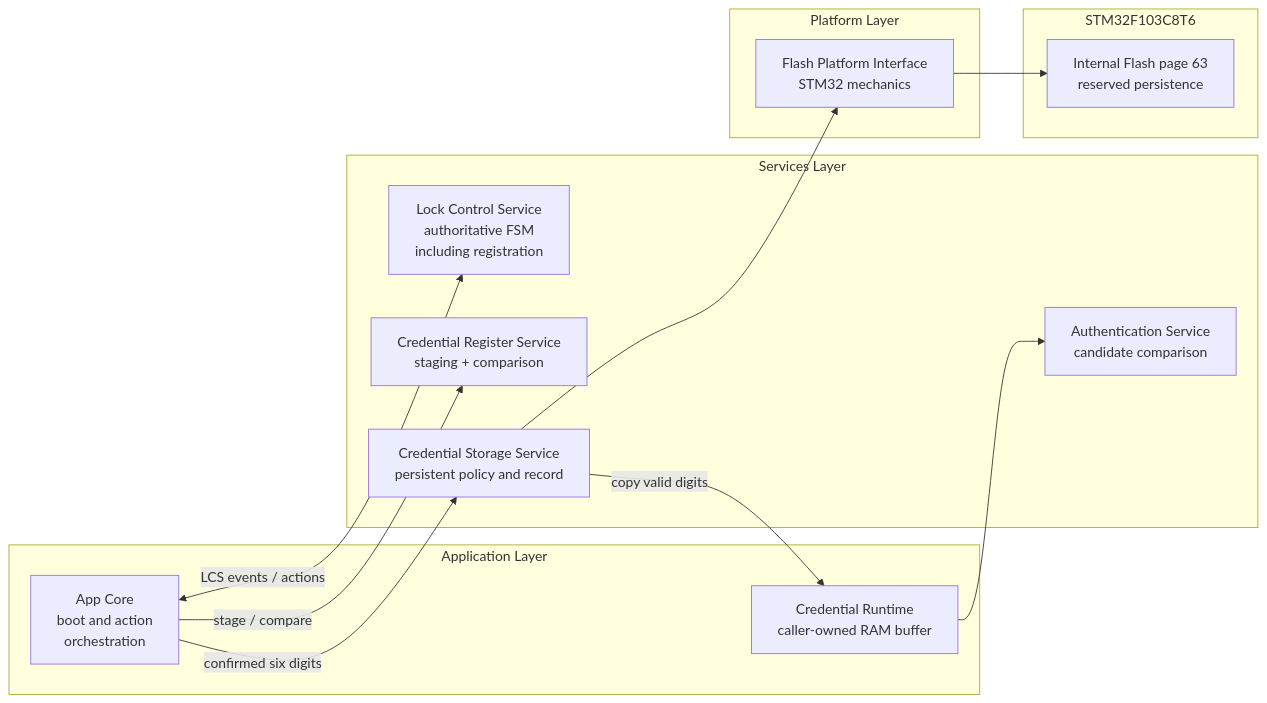
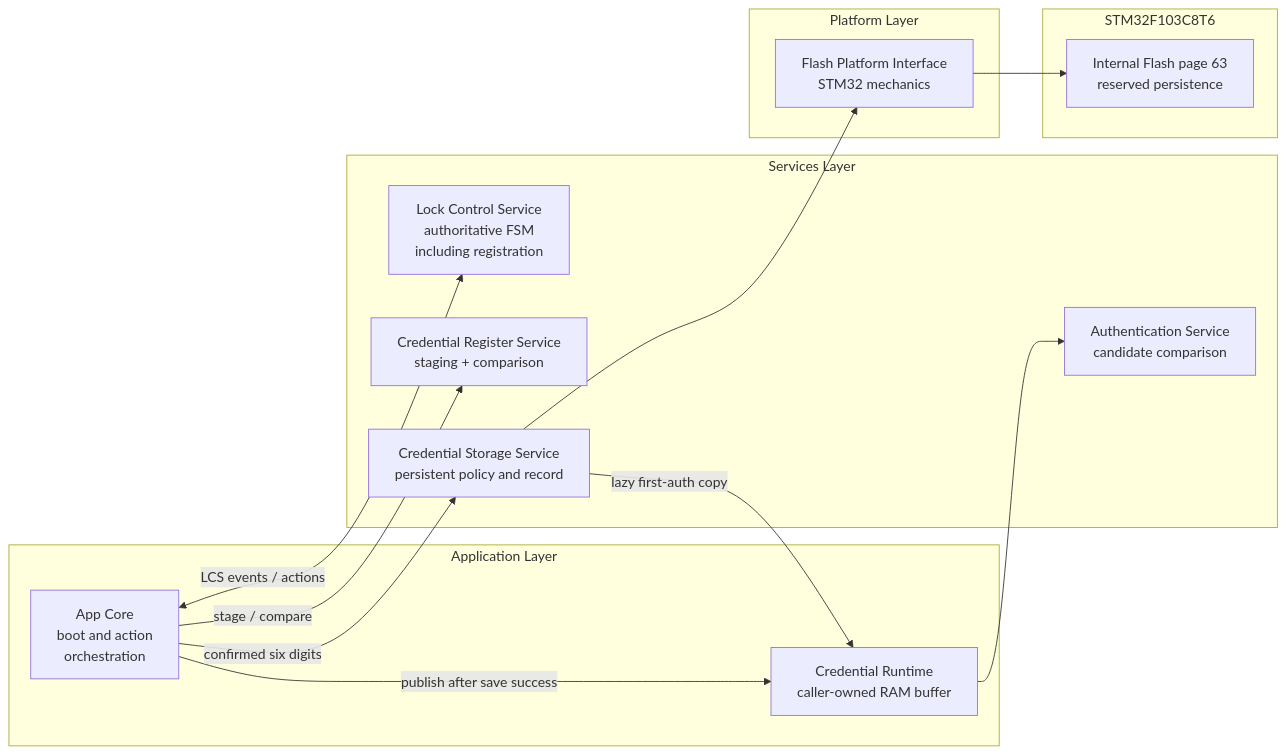
The first of 4 diagrams in Libs/Services/Credential_Storage/README.md (JP-REY/STM32F103C8T6-Based-Electronic-Lock), drawn with Mermaid before and after one commit. The commit also changed other lines of this file and 22 other files, not shown here.

First line of the commit message:
docs: update project architecture and module documentation

````diff
--- a/Libs/Services/Credential_Storage/README.md
+++ b/Libs/Services/Credential_Storage/README.md
@@ -137,30 +137,31 @@
 ```mermaid
 flowchart LR
     subgraph APP["Application Layer"]
         APP_CORE["App Core<br/>boot and action <br/>orchestration"]
         RUNTIME["Credential Runtime<br/>caller-owned RAM buffer"]
     end
 
     subgraph SERVICES["Services Layer"]
         CRS["Credential Register Service<br/>staging + comparison"]
         CSS["Credential Storage Service<br/>persistent policy and record"]
         AS["Authentication Service<br/>candidate comparison"]
         LCS["Lock Control Service<br/>authoritative FSM <br/>including registration"]
     end
 
     subgraph PLATFORM["Platform Layer"]
         FLASH["Flash Platform Interface<br/>STM32 mechanics"]
     end
 
     subgraph TARGET["STM32F103C8T6"]
         PAGE63["Internal Flash page 63<br/>reserved persistence"]
     end
 
     APP_CORE <-->|"LCS events / actions"| LCS
     APP_CORE -->|"stage / compare"| CRS
     APP_CORE -->|"confirmed six digits"| CSS
     CSS --> FLASH
     FLASH --> PAGE63
-    CSS -->|"copy valid digits"| RUNTIME
+    CSS -->|"lazy first-auth copy"| RUNTIME
+    APP_CORE -->|"publish after save success"| RUNTIME
     RUNTIME --> AS
 ```
````
